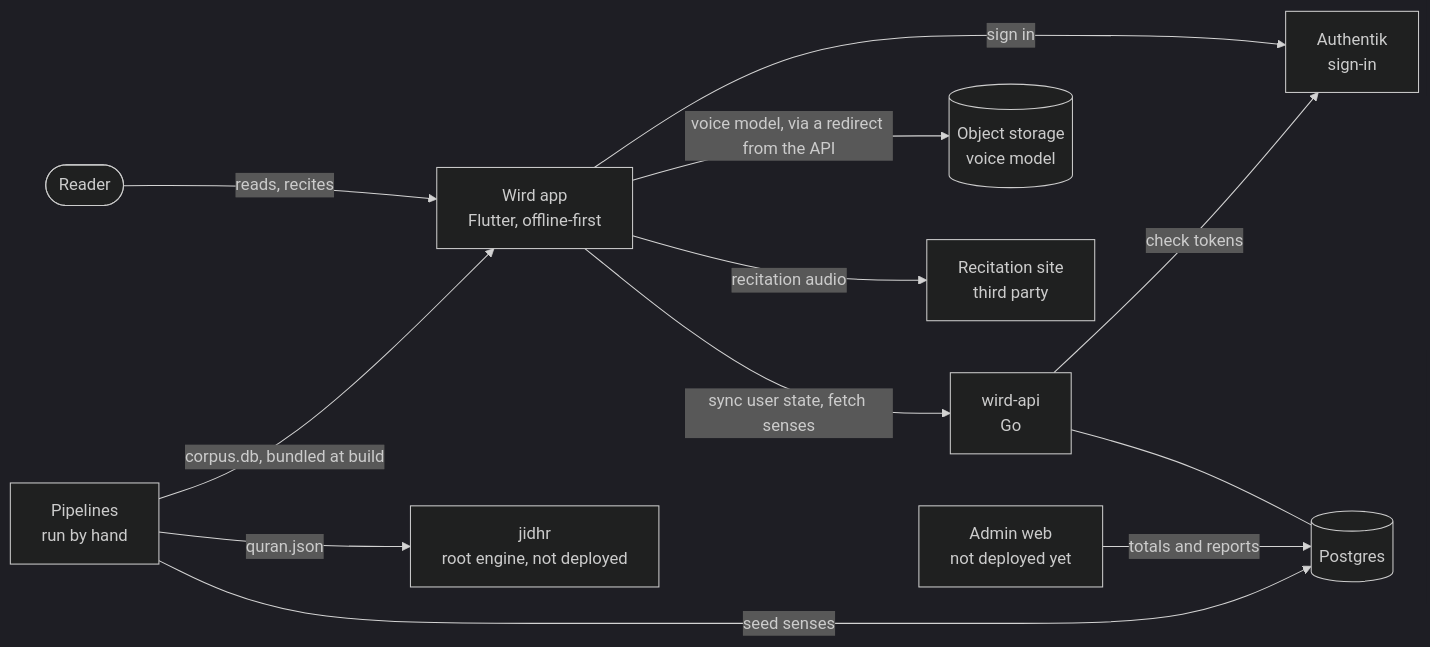
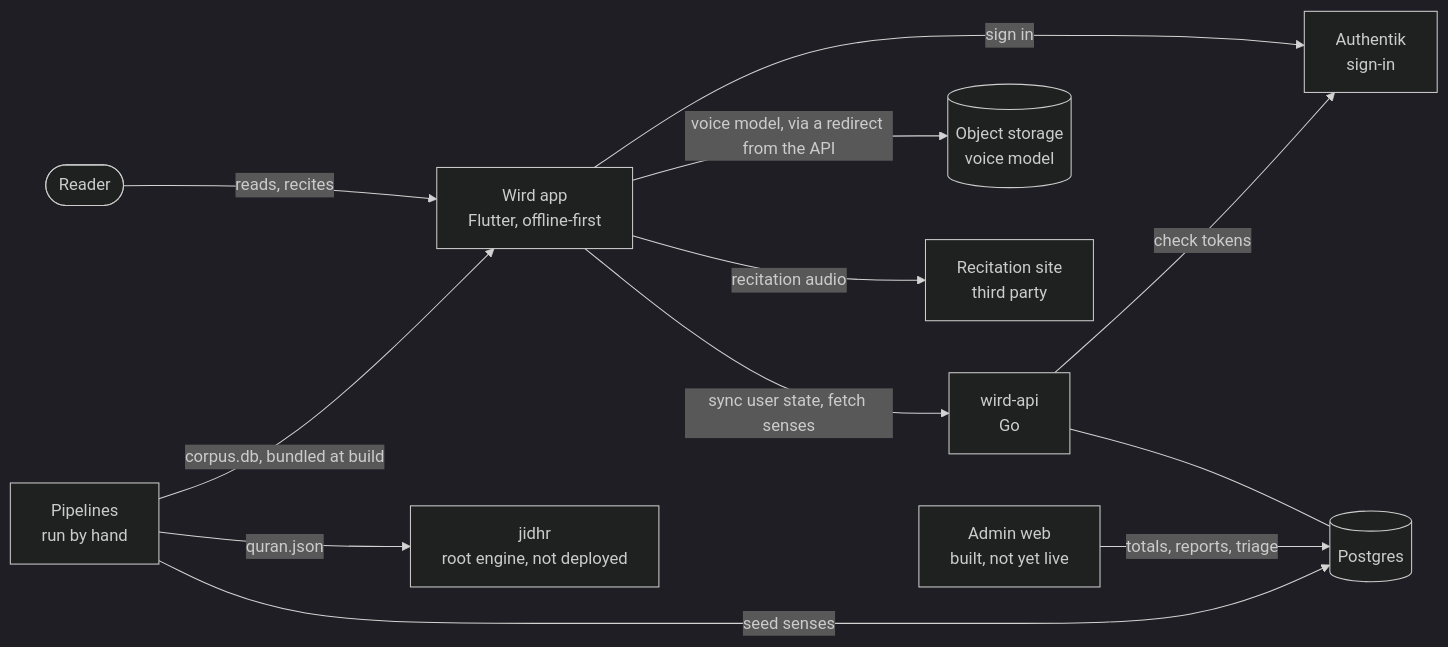
The first of 2 diagrams in docs/README.md (MohammadBnei/wird), drawn with Mermaid (dark theme) before and after one commit. The commit also changed other lines of this file and 26 other files, not shown here.

````diff
--- a/docs/README.md
+++ b/docs/README.md
@@ -17,25 +17,25 @@
 ```mermaid
 flowchart LR
   reader([Reader])
   app["Wird app<br/>Flutter, offline-first"]
   api["wird-api<br/>Go"]
   db[("Postgres")]
   store[("Object storage<br/>voice model")]
   audio["Recitation site<br/>third party"]
   idp["Authentik<br/>sign-in"]
-  admin["Admin web<br/>not deployed yet"]
+  admin["Admin web<br/>built, not yet live"]
   jidhr["jidhr<br/>root engine, not deployed"]
   pipes["Pipelines<br/>run by hand"]
 
   reader -->|reads, recites| app
   app -->|sync user state, fetch senses| api
   app -->|voice model, via a redirect from the API| store
   app -->|recitation audio| audio
   app -->|sign in| idp
   api -->|check tokens| idp
   api --- db
-  admin -->|totals and reports| db
+  admin -->|totals, reports, triage| db
   pipes -->|corpus.db, bundled at build| app
   pipes -->|seed senses| db
   pipes -->|quran.json| jidhr
 ```
````
